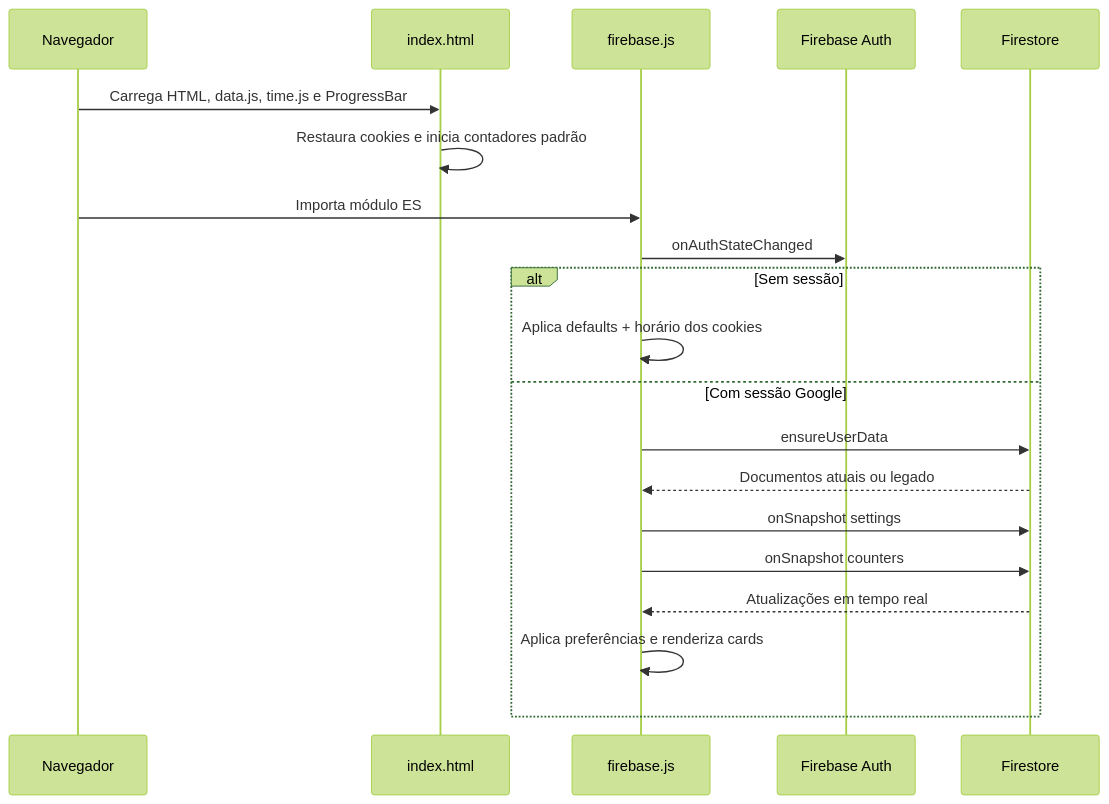
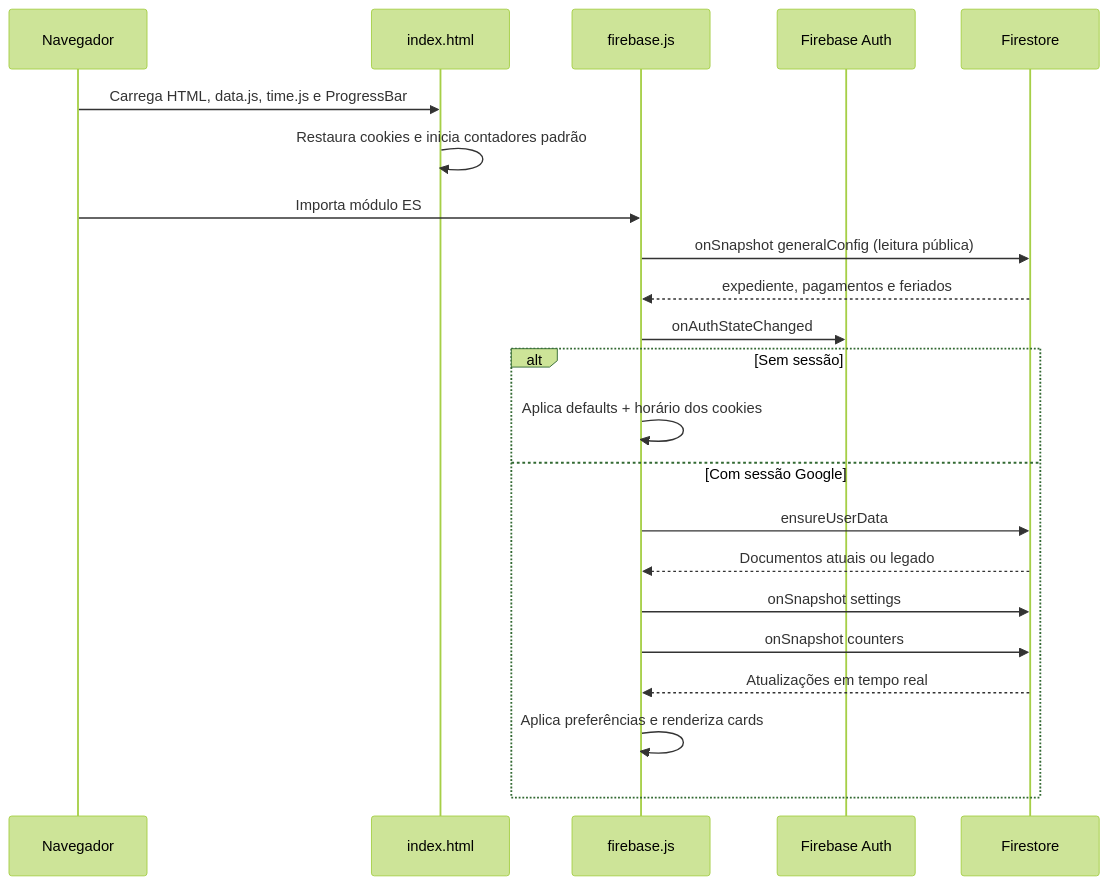
Before and after one commit to gaabrielrd/timekeeper: the second of 3 diagrams in docs/architecture.md, drawn with Mermaid (forest theme). The commit also changed other lines of this file and 16 other files, not shown here.

````diff
--- a/docs/architecture.md
+++ b/docs/architecture.md
@@ -75,23 +79,25 @@
 ```mermaid
 sequenceDiagram
     participant B as Navegador
     participant I as index.html
     participant M as firebase.js
     participant A as Firebase Auth
     participant D as Firestore
 
     B->>I: Carrega HTML, data.js, time.js e ProgressBar
     I->>I: Restaura cookies e inicia contadores padrão
     B->>M: Importa módulo ES
+    M->>D: onSnapshot generalConfig (leitura pública)
+    D-->>M: expediente, pagamentos e feriados
     M->>A: onAuthStateChanged
     alt Sem sessão
         M->>M: Aplica defaults + horário dos cookies
     else Com sessão Google
         M->>D: ensureUserData
         D-->>M: Documentos atuais ou legado
         M->>D: onSnapshot settings
         M->>D: onSnapshot counters
         D-->>M: Atualizações em tempo real
         M->>M: Aplica preferências e renderiza cards
     end
 ```
````
